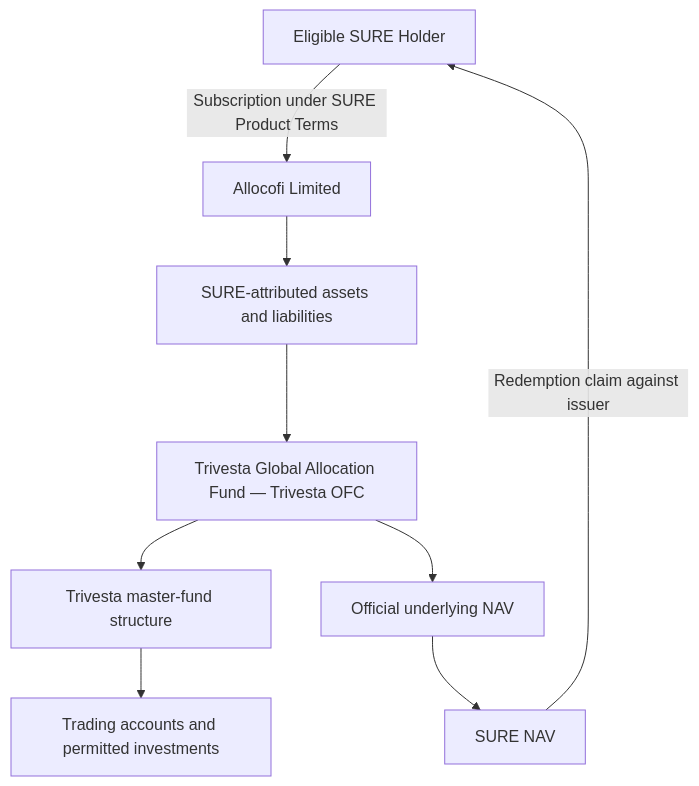
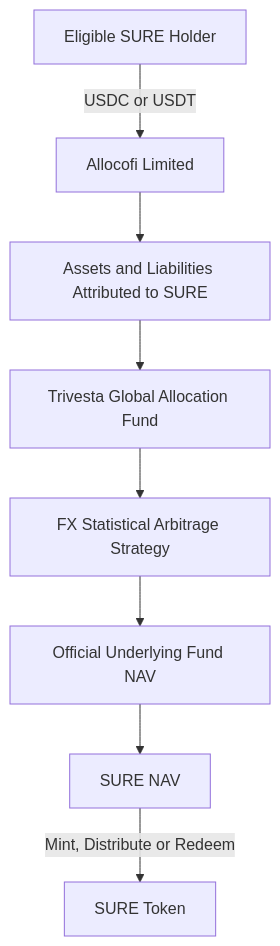
Before and after one commit to Allocofi/Docs: the diagram in untitled-page-8.mdx, drawn with Mermaid. The commit also changed other lines of this file and 4 other files, not shown here.

````diff
--- a/untitled-page-8.mdx
+++ b/untitled-page-8.mdx
@@ -30,11 +35,10 @@
 ```mermaid
 flowchart TD
-    A["Eligible SURE Holder"] -->|"Subscription under SURE Product Terms"| B["Allocofi Limited"]
-    B --> C["SURE-attributed assets and liabilities"]
-    C --> D["Trivesta Global Allocation Fund — Trivesta OFC"]
-    D --> E["Trivesta master-fund structure"]
-    E --> F["Trading accounts and permitted investments"]
-    D --> G["Official underlying NAV"]
-    G --> H["SURE NAV"]
-    H -->|"Redemption claim against issuer"| A
+    A["Eligible SURE Holder"] -->|"USDC or USDT"| B["Allocofi Limited"]
+    B --> C["Assets and Liabilities Attributed to SURE"]
+    C --> D["Trivesta Global Allocation Fund"]
+    D --> E["FX Statistical Arbitrage Strategy"]
+    E --> F["Official Underlying Fund NAV"]
+    F --> G["SURE NAV"]
+    G -->|"Mint, Distribute or Redeem"| H["SURE Token"]
 ```
````
